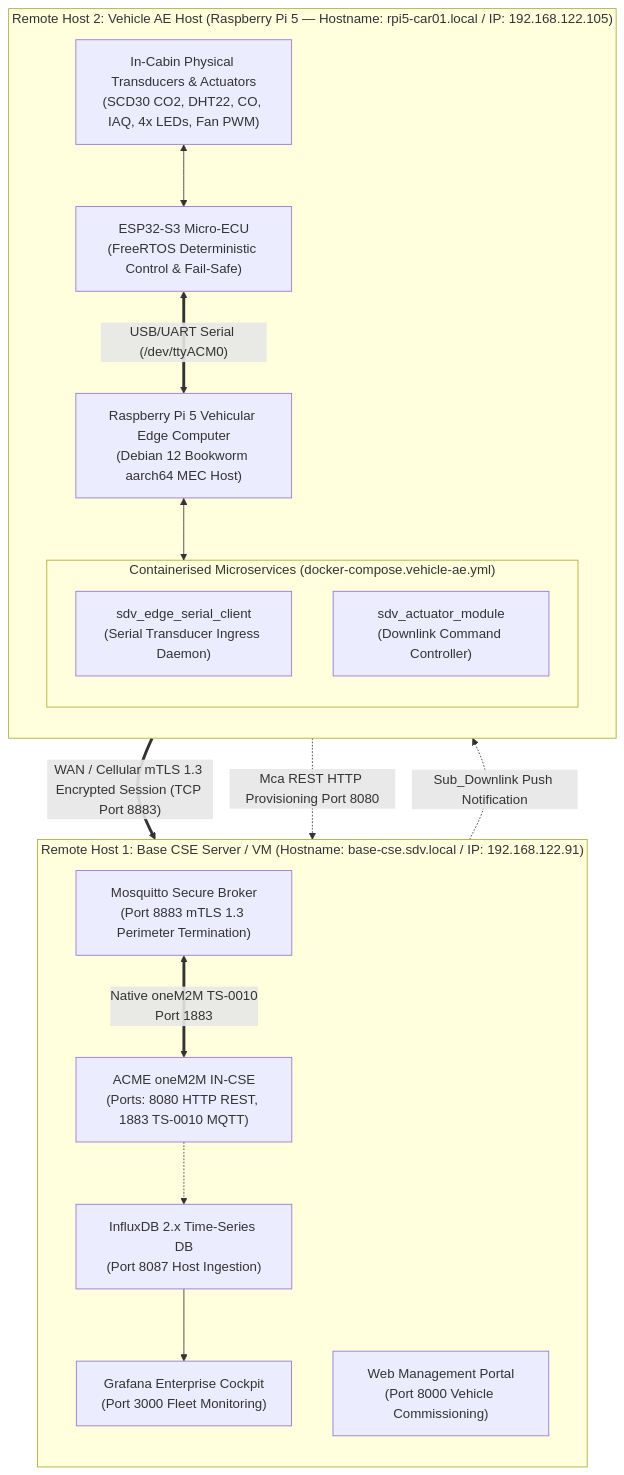
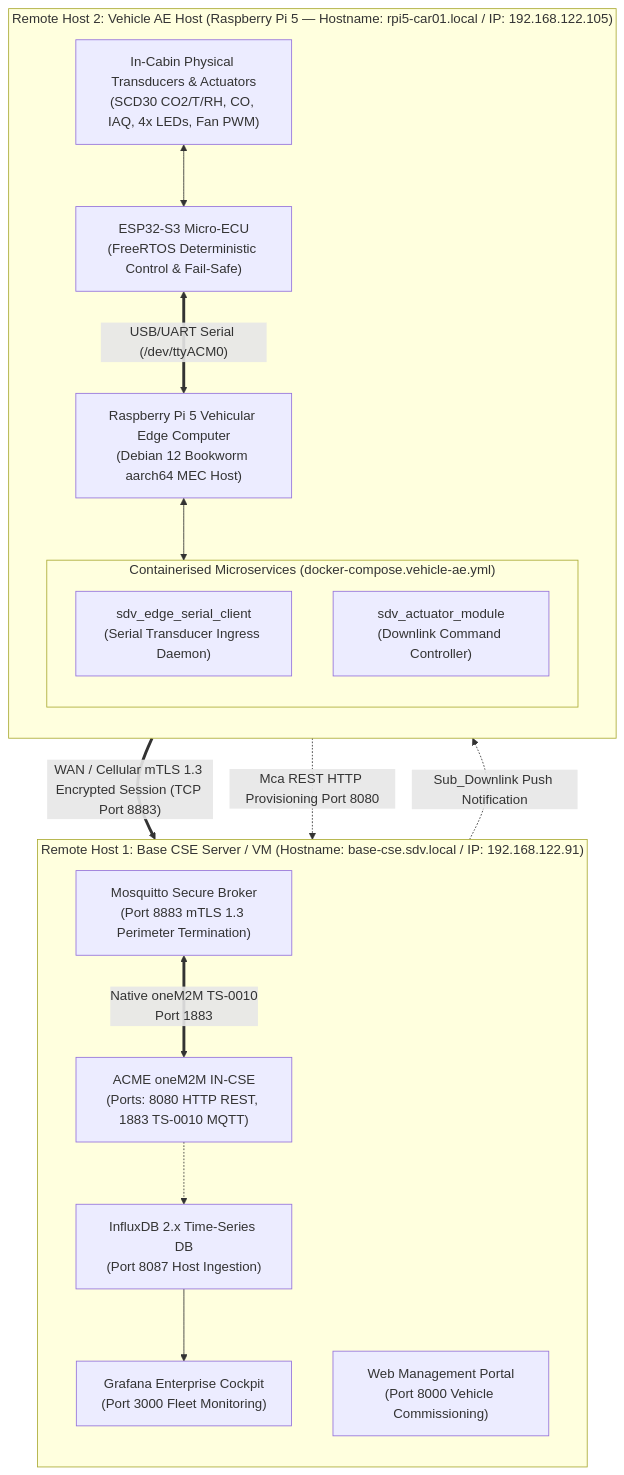
One commit to imosudi/HVAC-iot-monitoring changed the third of 3 diagrams in docs/architecture/modular_system_design_specification.md. Above: the diagram before and after it, drawn with Mermaid. The commit also changed other lines of this file and 8 other files, not shown here.

Commit message:
Architecturat updates

````diff
--- a/docs/architecture/modular_system_design_specification.md
+++ b/docs/architecture/modular_system_design_specification.md
@@ -365,31 +364,31 @@
 ```mermaid
 flowchart TB
     subgraph Remote_Host_1 ["Remote Host 1: Base CSE Server / VM (Hostname: base-cse.sdv.local / IP: 192.168.122.91)"]
         direction TB
         CSE_R["ACME oneM2M IN-CSE<br/>(Ports: 8080 HTTP REST, 1883 TS-0010 MQTT)"]
         MOSQ_R["Mosquitto Secure Broker<br/>(Port 8883 mTLS 1.3 Perimeter Termination)"]
         TSDB_R["InfluxDB 2.x Time-Series DB<br/>(Port 8087 Host Ingestion)"]
         DASH_R["Grafana Enterprise Cockpit<br/>(Port 3000 Fleet Monitoring)"]
         PORTAL_R["Web Management Portal<br/>(Port 8000 Vehicle Commissioning)"]
         
         MOSQ_R <== "Native oneM2M TS-0010<br/>Port 1883" ==> CSE_R
         CSE_R -.-> TSDB_R --> DASH_R
     end
 
     subgraph Remote_Host_2 ["Remote Host 2: Vehicle AE Host (Raspberry Pi 5 — Hostname: rpi5-car01.local / IP: 192.168.122.105)"]
         direction TB
-        INSTR["In-Cabin Physical Transducers & Actuators<br/>(SCD30 CO2, DHT22, CO, IAQ, 4x LEDs, Fan PWM)"]
+        INSTR["In-Cabin Physical Transducers & Actuators<br/>(SCD30 CO2/T/RH, CO, IAQ, 4x LEDs, Fan PWM)"]
         MCU["ESP32-S3 Micro-ECU<br/>(FreeRTOS Deterministic Control & Fail-Safe)"]
         RPI["Raspberry Pi 5 Vehicular Edge Computer<br/>(Debian 12 Bookworm aarch64 MEC Host)"]
         subgraph V_CONTAINERS ["Containerised Microservices (docker-compose.vehicle-ae.yml)"]
             EDGE_CLIENT["sdv_edge_serial_client<br/>(Serial Transducer Ingress Daemon)"]
             ACT_MODULE["sdv_actuator_module<br/>(Downlink Command Controller)"]
         end
         
         INSTR <--> MCU <== "USB/UART Serial (/dev/ttyACM0)" ==> RPI <--> V_CONTAINERS
     end
 
     EDGE_CLIENT == "WAN / Cellular mTLS 1.3 Encrypted Session (TCP Port 8883)" ==> MOSQ_R
     EDGE_CLIENT -.->|"Mca REST HTTP Provisioning Port 8080"| CSE_R
     MOSQ_R -.->|"Sub_Downlink Push Notification"| ACT_MODULE
 ```
````
